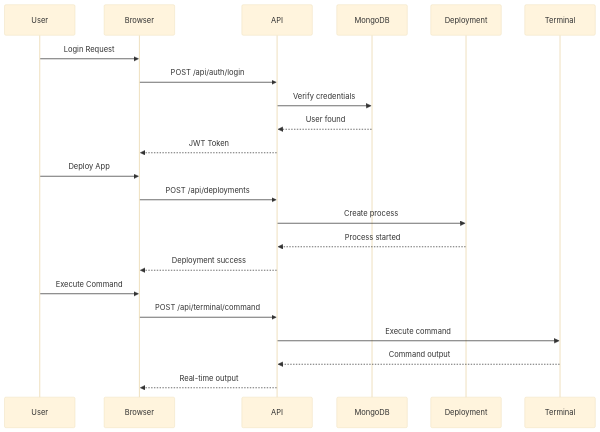
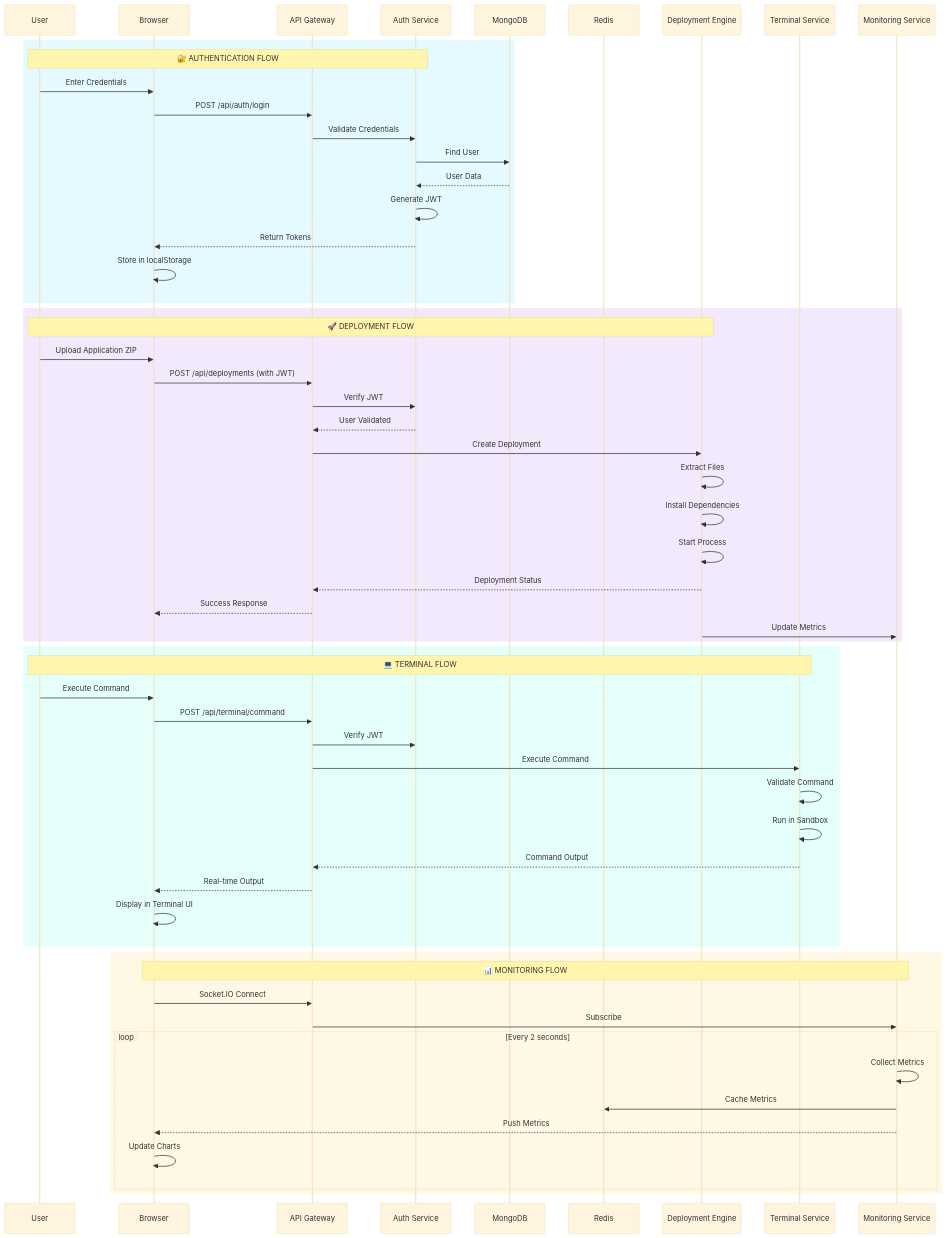
Before and after one commit to awaiscybergang/AWAIS-CYBER-VPS: the second of 3 diagrams in README.md, drawn with Mermaid (base theme). The commit also changed other lines of this file, not shown here.

````diff
--- a/README.md
+++ b/README.md
@@ -366,27 +445,64 @@
 ```mermaid
 sequenceDiagram
     participant User
     participant Browser
-    participant API
+    participant API Gateway
+    participant Auth Service
     participant MongoDB
-    participant Deployment
-    participant Terminal
+    participant Redis
+    participant Deployment Engine
+    participant Terminal Service
+    participant Monitoring Service
     
-    User->>Browser: Login Request
-    Browser->>API: POST /api/auth/login
-    API->>MongoDB: Verify credentials
-    MongoDB-->>API: User found
-    API-->>Browser: JWT Token
+    rect rgb(0, 207, 255, 0.1)
+        Note over User,Auth Service: 🔐 AUTHENTICATION FLOW
+        User->>Browser: Enter Credentials
+        Browser->>API Gateway: POST /api/auth/login
+        API Gateway->>Auth Service: Validate Credentials
+        Auth Service->>MongoDB: Find User
+        MongoDB-->>Auth Service: User Data
+        Auth Service->>Auth Service: Generate JWT
+        Auth Service-->>Browser: Return Tokens
+        Browser->>Browser: Store in localStorage
+    end
     
-    User->>Browser: Deploy App
-    Browser->>API: POST /api/deployments
-    API->>Deployment: Create process
-    Deployment-->>API: Process started
-    API-->>Browser: Deployment success
+    rect rgb(138, 43, 226, 0.1)
+        Note over User,Deployment Engine: 🚀 DEPLOYMENT FLOW
+        User->>Browser: Upload Application ZIP
+        Browser->>API Gateway: POST /api/deployments (with JWT)
+        API Gateway->>Auth Service: Verify JWT
+        Auth Service-->>API Gateway: User Validated
+        API Gateway->>Deployment Engine: Create Deployment
+        Deployment Engine->>Deployment Engine: Extract Files
+        Deployment Engine->>Deployment Engine: Install Dependencies
+        Deployment Engine->>Deployment Engine: Start Process
+        Deployment Engine-->>API Gateway: Deployment Status
+        API Gateway-->>Browser: Success Response
+        Deployment Engine->>Monitoring Service: Update Metrics
+    end
     
-    User->>Browser: Execute Command
-    Browser->>API: POST /api/terminal/command
-    API->>Terminal: Execute command
-    Terminal-->>API: Command output
-    API-->>Browser: Real-time output
+    rect rgb(0, 255, 213, 0.1)
+        Note over User,Terminal Service: 💻 TERMINAL FLOW
+        User->>Browser: Execute Command
+        Browser->>API Gateway: POST /api/terminal/command
+        API Gateway->>Auth Service: Verify JWT
+        API Gateway->>Terminal Service: Execute Command
+        Terminal Service->>Terminal Service: Validate Command
+        Terminal Service->>Terminal Service: Run in Sandbox
+        Terminal Service-->>API Gateway: Command Output
+        API Gateway-->>Browser: Real-time Output
+        Browser->>Browser: Display in Terminal UI
+    end
+    
+    rect rgb(255, 184, 0, 0.1)
+        Note over Browser,Monitoring Service: 📊 MONITORING FLOW
+        Browser->>API Gateway: Socket.IO Connect
+        API Gateway->>Monitoring Service: Subscribe
+        loop Every 2 seconds
+            Monitoring Service->>Monitoring Service: Collect Metrics
+            Monitoring Service->>Redis: Cache Metrics
+            Monitoring Service-->>Browser: Push Metrics
+            Browser->>Browser: Update Charts
+        end
+    end
 ```
````
